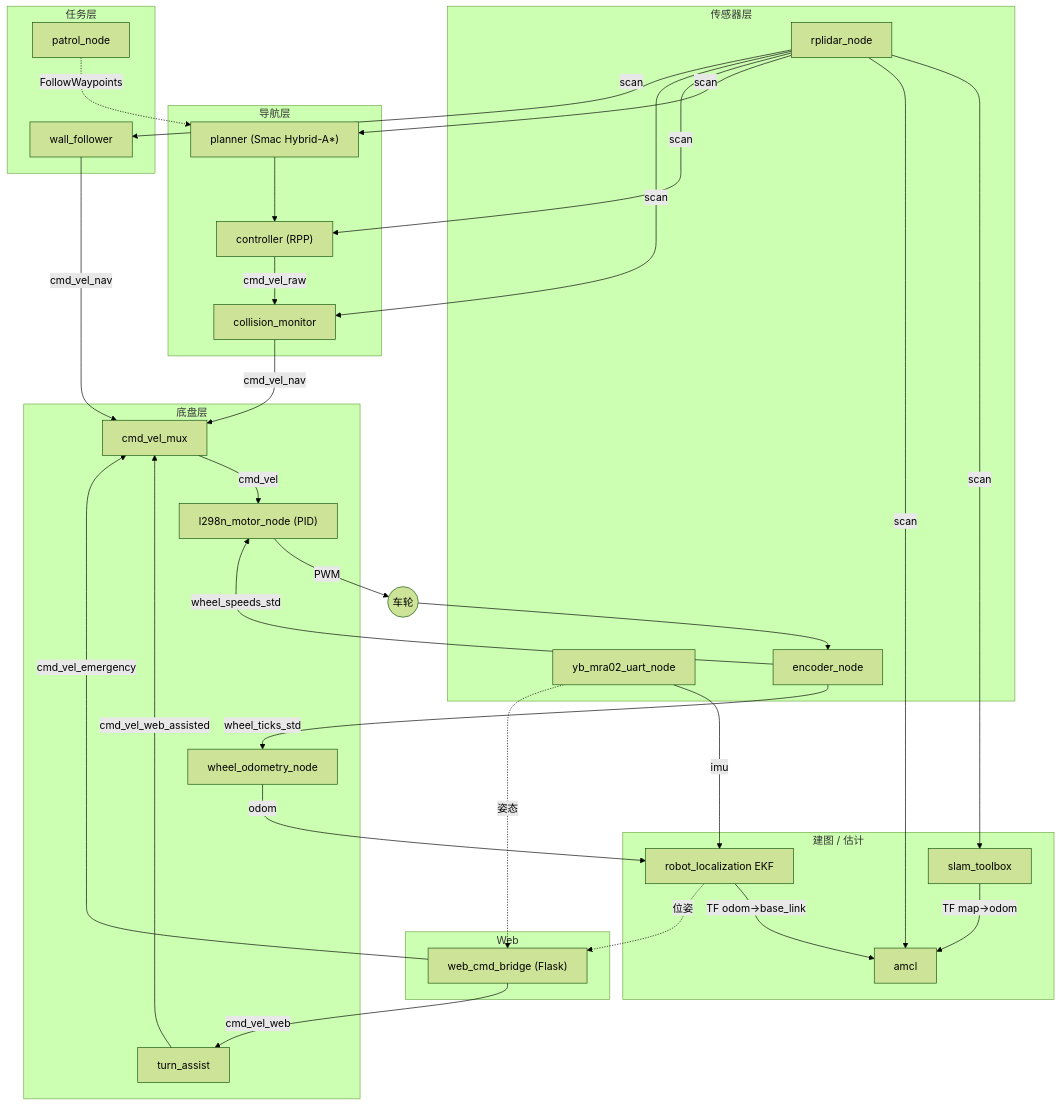
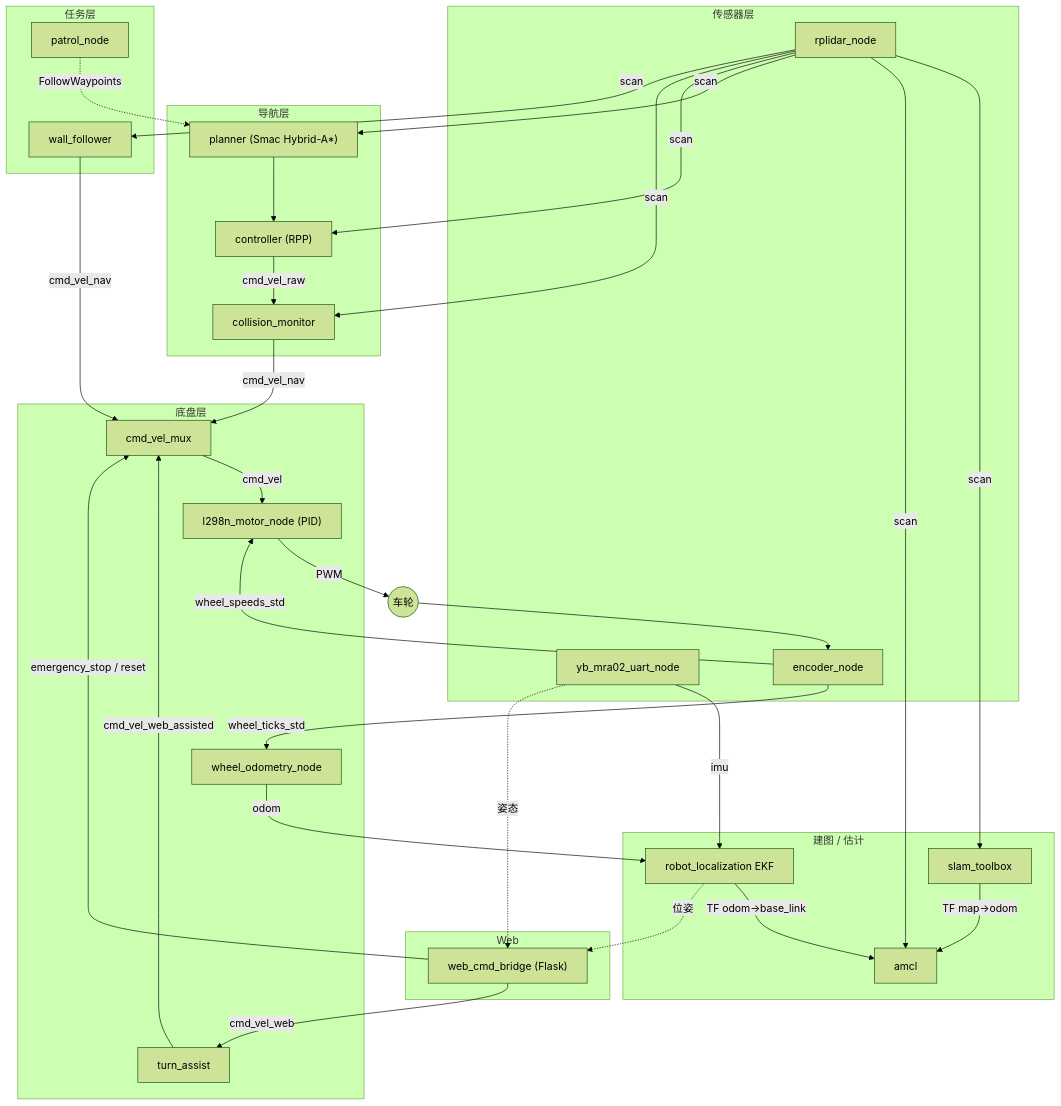
The first of 5 diagrams in docs/architecture_diagrams.md (sasha-lyk/auto_patrol_car), drawn with Mermaid (forest theme) before and after one commit. The commit also changed other lines of this file and 29 other files, not shown here.

Commit message:
Harden patrol calibration, emergency stop, and validation

````diff
--- a/docs/architecture_diagrams.md
+++ b/docs/architecture_diagrams.md
@@ -8,66 +8,66 @@
 ```mermaid
 flowchart TB
   subgraph SENSORS[传感器层]
     lidar[rplidar_node]
     imu[yb_mra02_uart_node]
     enc[encoder_node]
   end
 
   subgraph BASE[底盘层]
     odom[wheel_odometry_node]
     motor["l298n_motor_node (PID)"]
     mux[cmd_vel_mux]
     assist[turn_assist]
   end
 
   subgraph EST[建图 / 估计]
     ekf[robot_localization EKF]
     slam[slam_toolbox]
     amcl[amcl]
   end
 
   subgraph NAV[导航层]
     planner["planner (Smac Hybrid-A*)"]
     ctrl["controller (RPP)"]
     collmon[collision_monitor]
   end
 
   subgraph TASK[任务层]
     patrol[patrol_node]
     wall[wall_follower]
   end
 
   subgraph WEB[Web]
     bridge["web_cmd_bridge (Flask)"]
   end
 
   lidar -->|scan| slam
   lidar -->|scan| amcl
   lidar -->|scan| planner
   lidar -->|scan| ctrl
   lidar -->|scan| collmon
   lidar -->|scan| wall
 
   enc -->|wheel_speeds_std| motor
   enc -->|wheel_ticks_std| odom
   odom -->|odom| ekf
   imu -->|imu| ekf
   ekf -->|"TF odom→base_link"| amcl
   slam -->|"TF map→odom"| amcl
 
   planner --> ctrl
   ctrl -->|cmd_vel_raw| collmon
   collmon -->|cmd_vel_nav| mux
   wall -->|cmd_vel_nav| mux
   patrol -.FollowWaypoints.-> planner
 
   bridge -->|cmd_vel_web| assist
   assist -->|cmd_vel_web_assisted| mux
-  bridge -->|cmd_vel_emergency| mux
+  bridge -->|emergency_stop / reset| mux
   mux -->|cmd_vel| motor
   motor -->|PWM| wheels((车轮))
   wheels --> enc
 
   ekf -.位姿.-> bridge
   imu -.姿态.-> bridge
 ```
````
